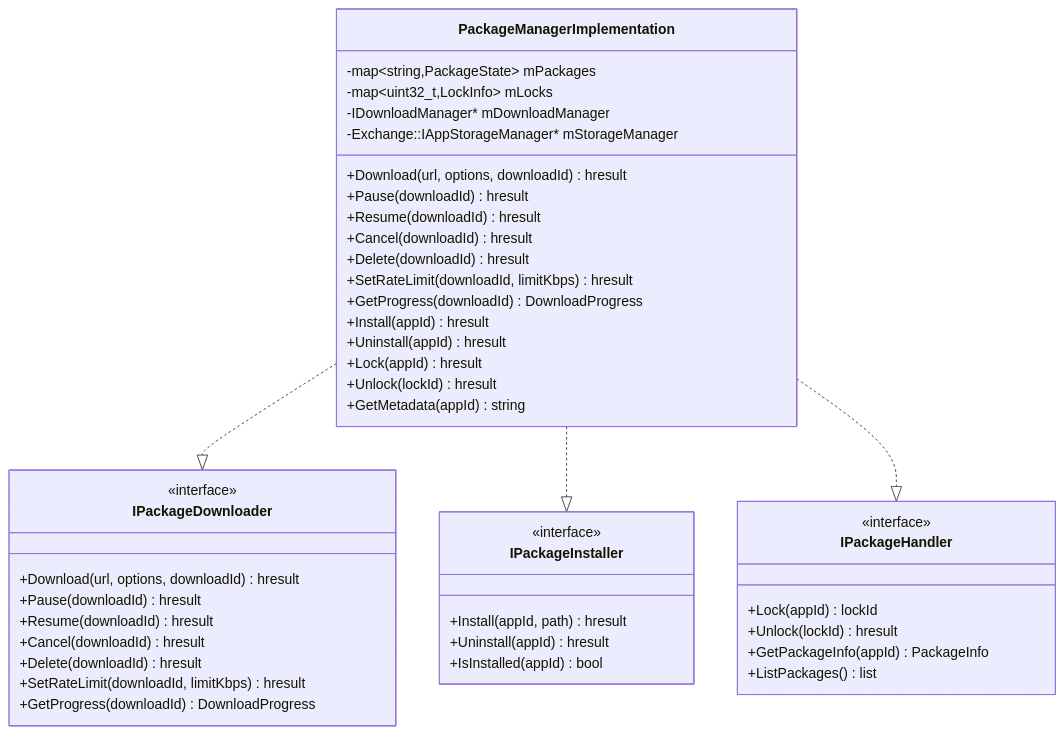
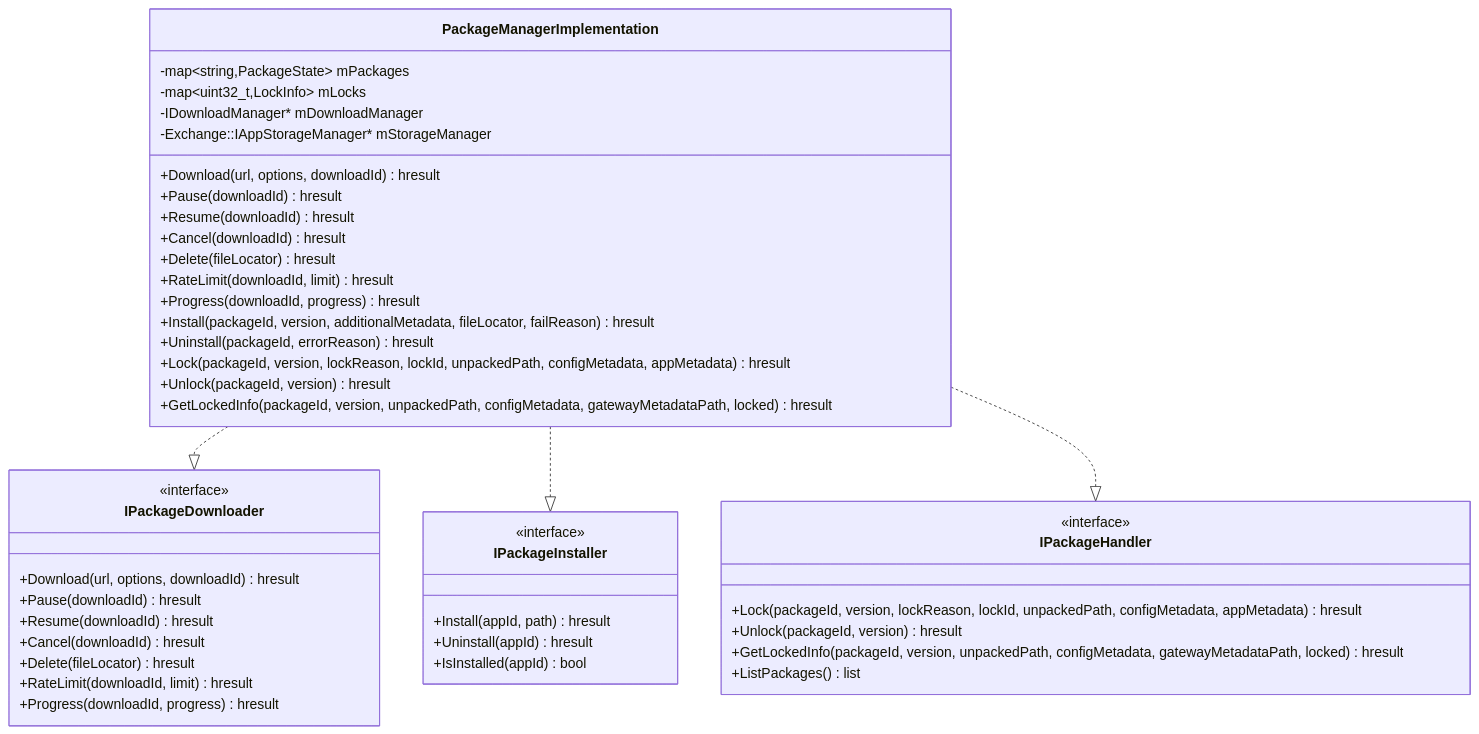
Before and after one commit to rdkcentral/entservices-appmanagers: the second of 5 diagrams in PackageManager/PackageManager.md, drawn with Mermaid. The commit also changed other lines of this file and 1 other file, not shown here.

Commit message:
Fix API signatures in AppStorageManager and PackageManager documentation

````diff
--- a/PackageManager/PackageManager.md
+++ b/PackageManager/PackageManager.md
@@ -62,51 +62,51 @@
 ```mermaid
 classDiagram
     class PackageManagerImplementation {
         -map~string,PackageState~ mPackages
         -map~uint32_t,LockInfo~ mLocks
         -IDownloadManager* mDownloadManager
         -Exchange::IAppStorageManager* mStorageManager
         +Download(url, options, downloadId) hresult
         +Pause(downloadId) hresult
         +Resume(downloadId) hresult
         +Cancel(downloadId) hresult
-        +Delete(downloadId) hresult
-        +SetRateLimit(downloadId, limitKbps) hresult
-        +GetProgress(downloadId) DownloadProgress
-        +Install(appId) hresult
-        +Uninstall(appId) hresult
-        +Lock(appId) hresult
-        +Unlock(lockId) hresult
-        +GetMetadata(appId) string
+        +Delete(fileLocator) hresult
+        +RateLimit(downloadId, limit) hresult
+        +Progress(downloadId, progress) hresult
+        +Install(packageId, version, additionalMetadata, fileLocator, failReason) hresult
+        +Uninstall(packageId, errorReason) hresult
+        +Lock(packageId, version, lockReason, lockId, unpackedPath, configMetadata, appMetadata) hresult
+        +Unlock(packageId, version) hresult
+        +GetLockedInfo(packageId, version, unpackedPath, configMetadata, gatewayMetadataPath, locked) hresult
     }
 
     class IPackageDownloader {
         <<interface>>
         +Download(url, options, downloadId) hresult
         +Pause(downloadId) hresult
         +Resume(downloadId) hresult
         +Cancel(downloadId) hresult
-        +Delete(downloadId) hresult
-        +SetRateLimit(downloadId, limitKbps) hresult
-        +GetProgress(downloadId) DownloadProgress
+        +Delete(fileLocator) hresult
+        +RateLimit(downloadId, limit) hresult
+        +Progress(downloadId, progress) hresult
     }
 
     class IPackageInstaller {
         <<interface>>
         +Install(appId, path) hresult
         +Uninstall(appId) hresult
         +IsInstalled(appId) bool
     }
 
     class IPackageHandler {
         <<interface>>
-        +Lock(appId) lockId
-        +Unlock(lockId) hresult
-        +GetPackageInfo(appId) PackageInfo
+        +Lock(packageId, version, lockReason, lockId, unpackedPath, configMetadata, appMetadata) hresult
+        +Unlock(packageId, version) hresult
+        +GetLockedInfo(packageId, version, unpackedPath, configMetadata, gatewayMetadataPath, locked) hresult
         +ListPackages() list
     }
 
     PackageManagerImplementation ..|> IPackageDownloader
     PackageManagerImplementation ..|> IPackageInstaller
     PackageManagerImplementation ..|> IPackageHandler
 ```
````
